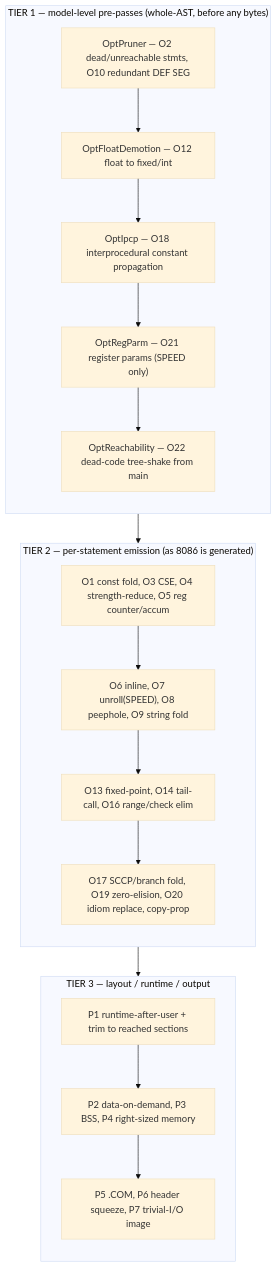
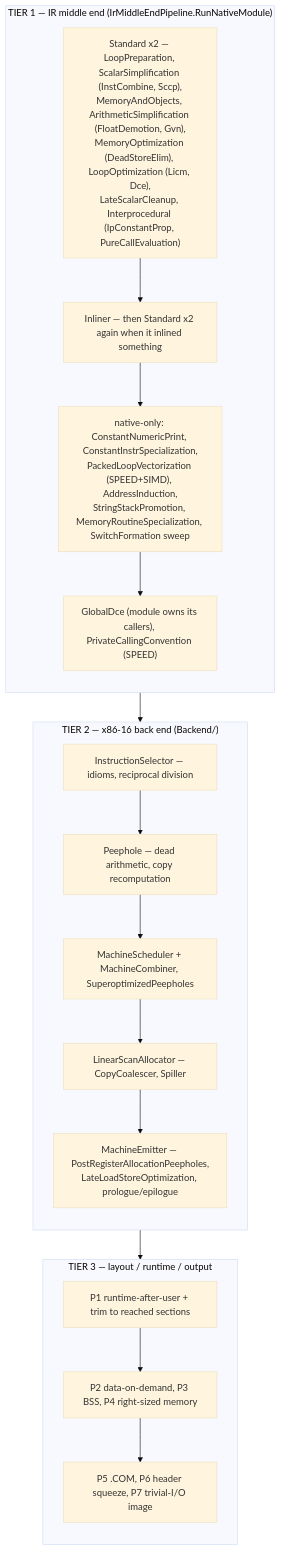
One commit to Hawkynt/PB-Compiler changed the third of 6 diagrams in docs/PIPELINE.md. Above: the diagram before and after it, drawn with Mermaid (base theme). The commit also changed other lines of this file and 19 other files, not shown here.

First line of the commit message:
+ pure calls with constant arguments are answered at compile time; MOD 2^k = 0 is a mask (8 tests)

````diff
--- a/docs/PIPELINE.md
+++ b/docs/PIPELINE.md
@@ -40,28 +48,28 @@
 ```mermaid
 flowchart TD
-  subgraph T1["TIER 1 — model-level pre-passes (whole-AST, before any bytes)"]
+  subgraph T1["TIER 1 — IR middle end (IrMiddleEndPipeline.RunNativeModule)"]
     direction TB
-    P1["OptPruner — O2 dead/unreachable stmts, O10 redundant DEF SEG"]
-    P2["OptFloatDemotion — O12 float to fixed/int"]
-    P3["OptIpcp — O18 interprocedural constant propagation"]
-    P4["OptRegParm — O21 register params (SPEED only)"]
-    P5["OptReachability — O22 dead-code tree-shake from main"]
-    P1 --> P2 --> P3 --> P4 --> P5
+    M1["Standard x2 — LoopPreparation, ScalarSimplification (InstCombine, Sccp),<br/>MemoryAndObjects, ArithmeticSimplification (FloatDemotion, Gvn),<br/>MemoryOptimization (DeadStoreElim), LoopOptimization (Licm, Dce),<br/>LateScalarCleanup, Interprocedural (IpConstantProp, PureCallEvaluation)"]
+    M2["Inliner — then Standard x2 again when it inlined something"]
+    M3["native-only: ConstantNumericPrint, ConstantInstrSpecialization,<br/>PackedLoopVectorization (SPEED+SIMD), AddressInduction,<br/>StringStackPromotion, MemoryRoutineSpecialization, SwitchFormation sweep"]
+    M4["GlobalDce (module owns its callers), PrivateCallingConvention (SPEED)"]
+    M1 --> M2 --> M3 --> M4
   end
-  subgraph T2["TIER 2 — per-statement emission (as 8086 is generated)"]
+  subgraph T2["TIER 2 — x86-16 back end (Backend/)"]
     direction TB
-    E1["O1 const fold, O3 CSE, O4 strength-reduce, O5 reg counter/accum"]
-    E2["O6 inline, O7 unroll(SPEED), O8 peephole, O9 string fold"]
-    E3["O13 fixed-point, O14 tail-call, O16 range/check elim"]
-    E4["O17 SCCP/branch fold, O19 zero-elision, O20 idiom replace, copy-prop"]
-    E1 --> E2 --> E3 --> E4
+    B1["InstructionSelector — idioms, reciprocal division"]
+    B2["Peephole — dead arithmetic, copy recomputation"]
+    B3["MachineScheduler + MachineCombiner, SuperoptimizedPeepholes"]
+    B4["LinearScanAllocator — CopyCoalescer, Spiller"]
+    B5["MachineEmitter — PostRegisterAllocationPeepholes,<br/>LateLoadStoreOptimization, prologue/epilogue"]
+    B1 --> B2 --> B3 --> B4 --> B5
   end
   subgraph T3["TIER 3 — layout / runtime / output"]
     direction TB
     L1["P1 runtime-after-user + trim to reached sections"]
     L2["P2 data-on-demand, P3 BSS, P4 right-sized memory"]
     L3["P5 .COM, P6 header squeeze, P7 trivial-I/O image"]
     L1 --> L2 --> L3
   end
   T1 --> T2 --> T3
 ```
````
